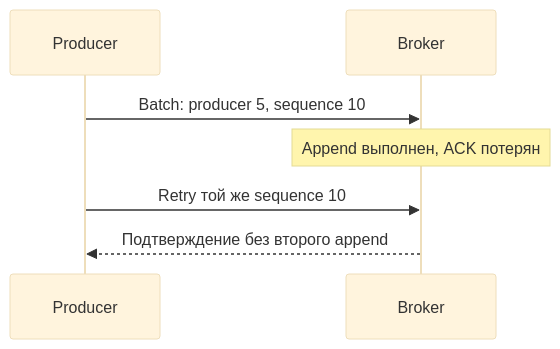
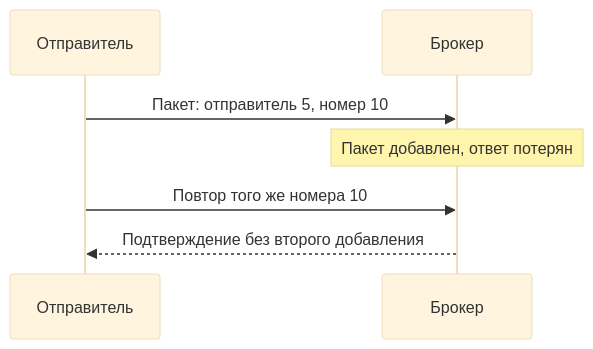
Before and after one commit to leary1337/vault: the diagram in docs/messaging/kafka/producer.md, drawn with Mermaid (base theme). The commit also changed other lines of this file and 325 other files, not shown here.

````diff
--- a/docs/messaging/kafka/producer.md
+++ b/docs/messaging/kafka/producer.md
@@ -58,9 +45,9 @@
 ```mermaid
 sequenceDiagram
-    participant P as Producer
-    participant B as Broker
-    P->>B: Batch: producer 5, sequence 10
-    Note over B: Append выполнен, ACK потерян
-    P->>B: Retry той же sequence 10
-    B-->>P: Подтверждение без второго append
+    participant P as Отправитель
+    participant B as Брокер
+    P->>B: Пакет: отправитель 5, номер 10
+    Note over B: Пакет добавлен, ответ потерян
+    P->>B: Повтор того же номера 10
+    B-->>P: Подтверждение без второго добавления
 ```
````
